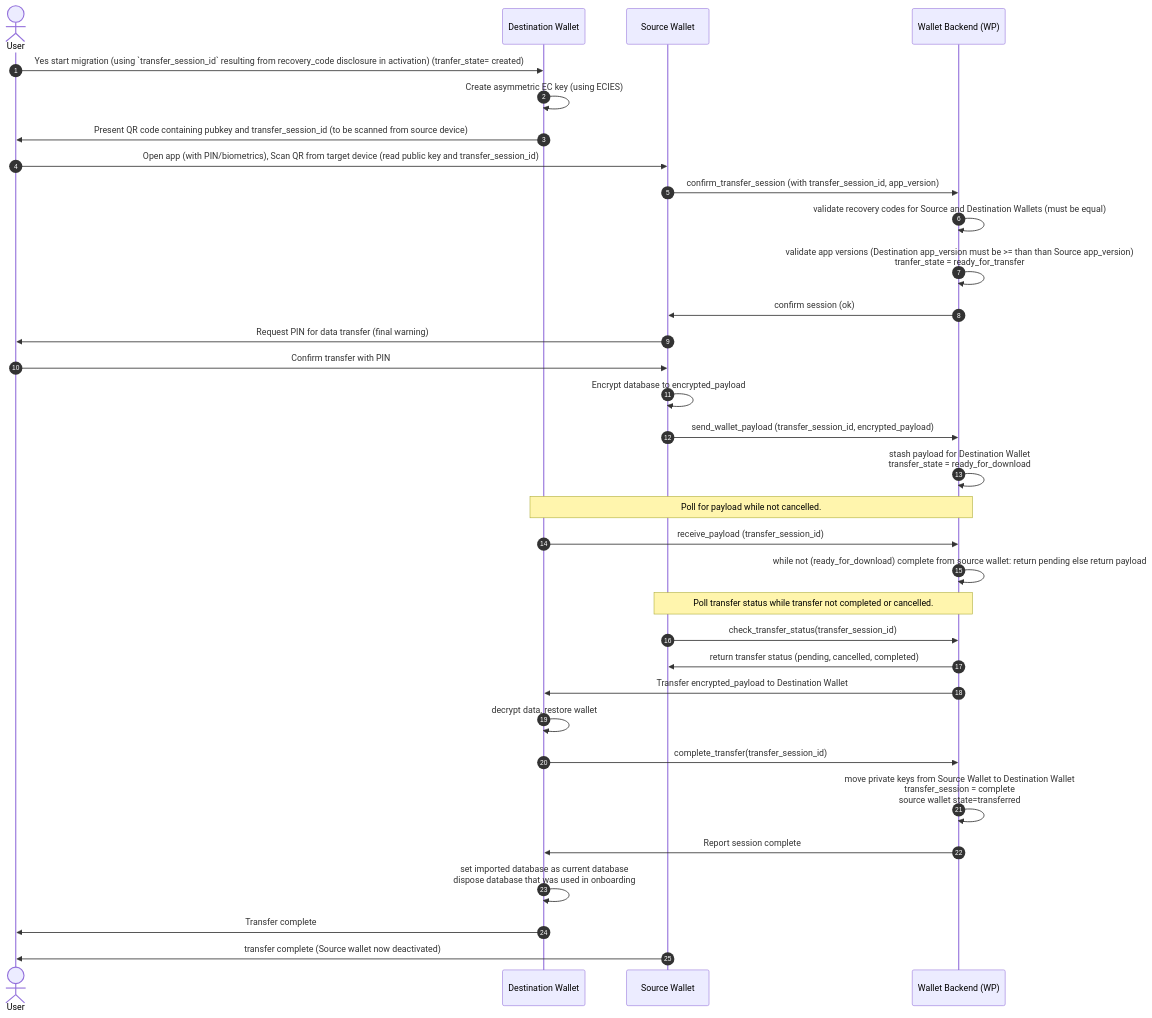
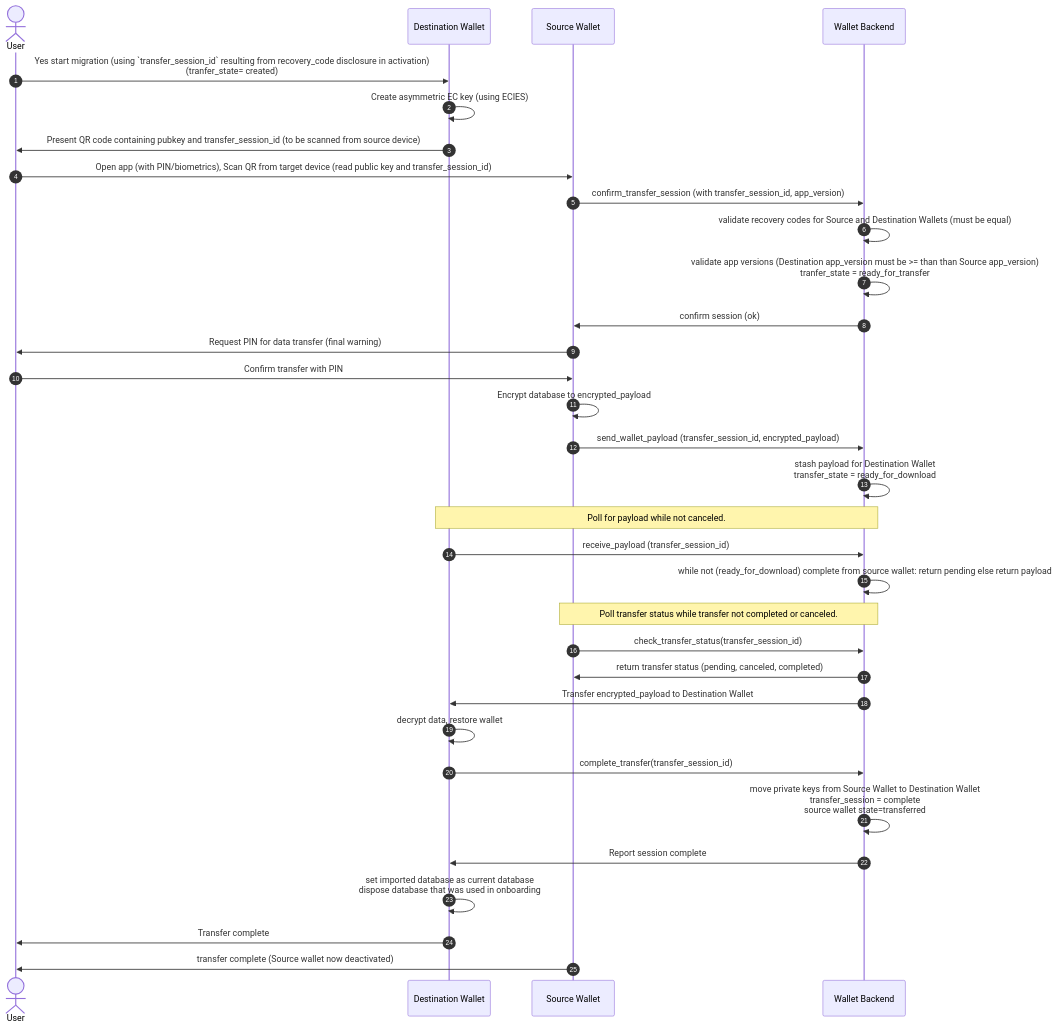
The third of 3 diagrams in wallet_docs/architecture/use-cases/recovery_usecases.md (MinBZK/nl-wallet), drawn with Mermaid before and after one commit. The commit also changed other lines of this file and 2 other files, not shown here.

Commit message:
Added PIN-recovery and PID renewal usecases

````diff
--- a/wallet_docs/architecture/use-cases/recovery_usecases.md
+++ b/wallet_docs/architecture/use-cases/recovery_usecases.md
@@ -88,38 +94,38 @@
 ```{mermaid}
 sequenceDiagram
     autonumber
 
     actor User
     participant WT as Destination Wallet
     participant WS as Source Wallet
-    participant WP as Wallet Backend (WP)
+    participant WP as Wallet Backend
 
-    User ->> WT: Yes start migration (using `transfer_session_id` resulting from recovery_code disclosure in activation) (tranfer_state= created)
+    User ->> WT: Yes start migration (using `transfer_session_id` resulting from recovery_code disclosure in activation) <br/>(tranfer_state= created)
     WT ->> WT: Create asymmetric EC key (using ECIES)
     WT ->> User: Present QR code containing pubkey and transfer_session_id (to be scanned from source device)
     User ->> WS: Open app (with PIN/biometrics), Scan QR from target device (read public key and transfer_session_id)
     WS ->> WP: confirm_transfer_session (with transfer_session_id, app_version)
     WP ->> WP: validate recovery codes for Source and Destination Wallets (must be equal)
     WP ->> WP: validate app versions (Destination app_version must be >= than than Source app_version) <br/>tranfer_state = ready_for_transfer
     WP ->> WS: confirm session (ok)
     WS ->> User: Request PIN for data transfer (final warning)
     User ->> WS: Confirm transfer with PIN
     WS ->> WS: Encrypt database to encrypted_payload
     WS ->> WP: send_wallet_payload (transfer_session_id, encrypted_payload)
     WP ->> WP: stash payload for Destination Wallet<br/>transfer_state = ready_for_download
-    note over WT, WP: Poll for payload while not cancelled.
+    note over WT, WP: Poll for payload while not canceled.
     WT ->> WP: receive_payload (transfer_session_id)
     WP ->> WP: while not (ready_for_download) complete from source wallet: return pending else return payload
-    note over WS, WP: Poll transfer status while transfer not completed or cancelled.
+    note over WS, WP: Poll transfer status while transfer not completed or canceled.
     WS ->> WP: check_transfer_status(transfer_session_id)  
-    WP ->> WS: return transfer status (pending, cancelled, completed)  
+    WP ->> WS: return transfer status (pending, canceled, completed)  
     WP ->> WT: Transfer encrypted_payload to Destination Wallet
     WT ->> WT: decrypt data, restore wallet
     WT ->> WP: complete_transfer(transfer_session_id) 
     WP ->> WP: move private keys from Source Wallet to Destination Wallet<br/>transfer_session = complete<br/>source wallet state=transferred
     WP ->> WT: Report session complete
     WT ->> WT: set imported database as current database<br/>dispose database that was used in onboarding
     WT ->> User: Transfer complete
     WS ->> User: transfer complete (Source wallet now deactivated)
    
 ```
````
